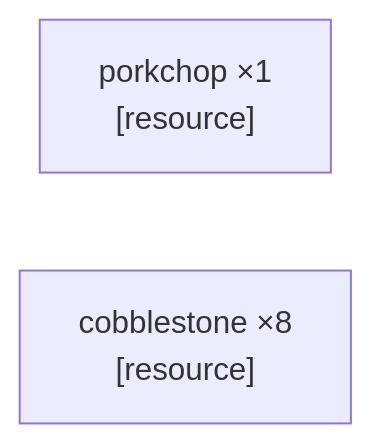
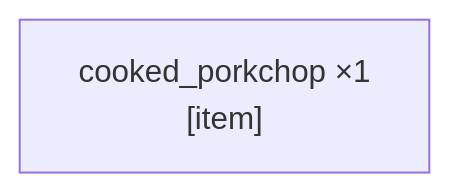
The second of 2 diagrams in achievement_hunter/rollout_live/current_rollout.md (tomfenno/embodied-intelligence-minecraft), drawn with Mermaid before and after one commit. The commit also changed other lines of this file and 18 other files, not shown here.

````diff
--- a/achievement_hunter/rollout_live/current_rollout.md
+++ b/achievement_hunter/rollout_live/current_rollout.md
@@ -46,5 +40,4 @@
 ```mermaid
 graph LR
-    porkchop["porkchop ×1<br/>[resource]"]
-    cobblestone["cobblestone ×8<br/>[resource]"]
+    cooked_porkchop["cooked_porkchop ×1<br/>[item]"]
 ```
````
